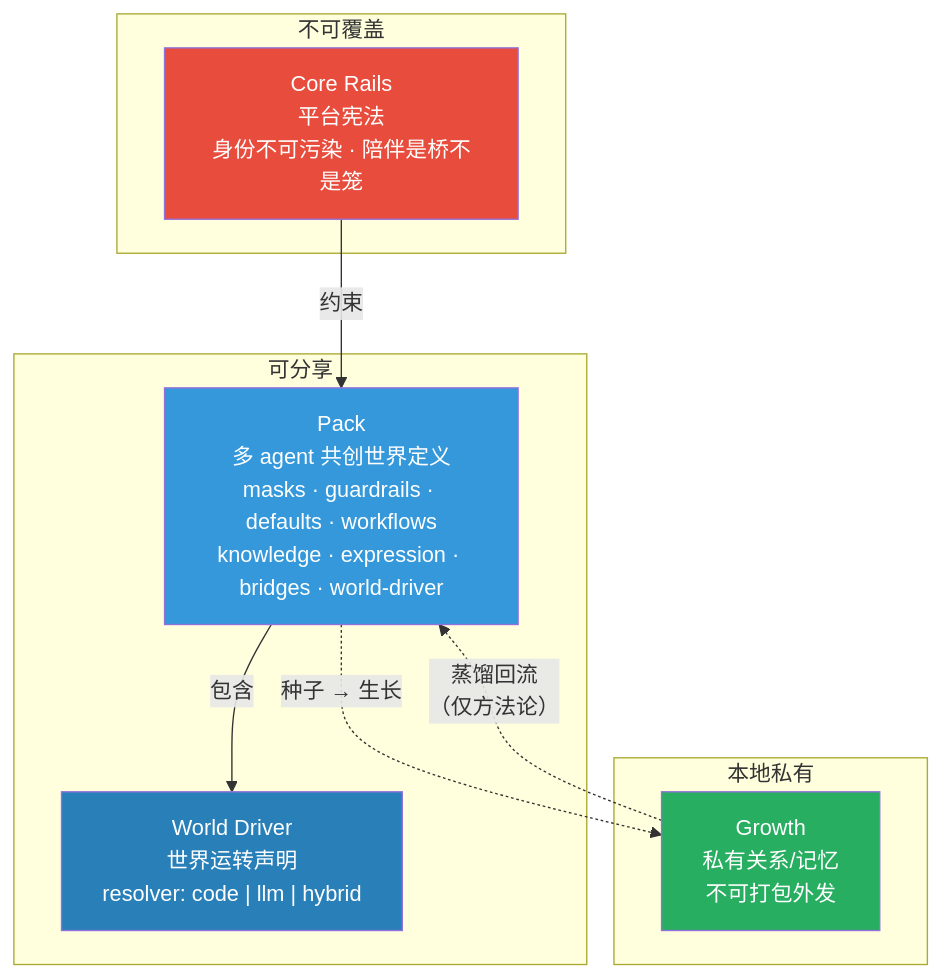
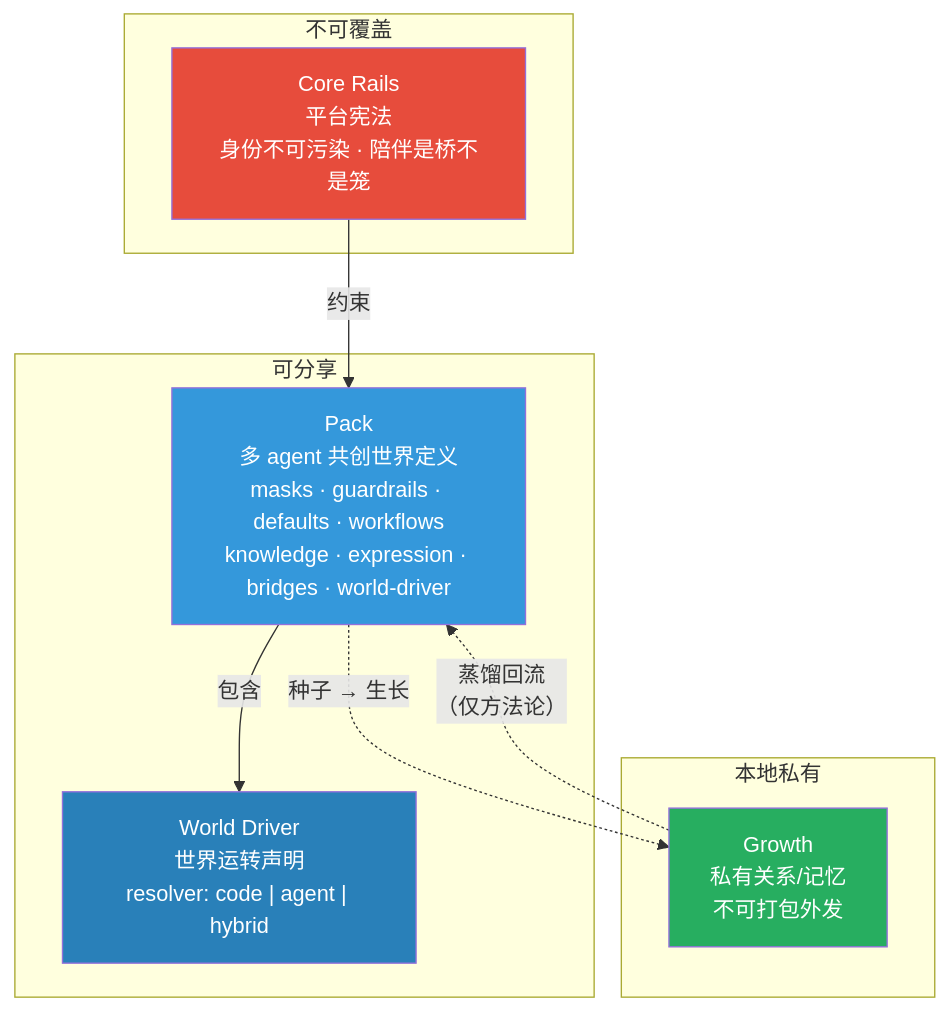
The first of 5 diagrams in docs/decisions/021-f129-pack-system-architecture.md (Moya-Gao/clowder-ai), drawn with Mermaid before and after one commit. The commit also changed other lines of this file and 1 other file, not shown here.

First line of the commit message:
docs(F129): resolver terminology llm→agent — multi-agent 架构语义修正

````diff
--- a/docs/decisions/021-f129-pack-system-architecture.md
+++ b/docs/decisions/021-f129-pack-system-architecture.md
@@ -52,25 +52,25 @@
 ```mermaid
 graph TB
     subgraph "不可覆盖"
         CR["Core Rails<br/>平台宪法<br/>身份不可污染 · 陪伴是桥不是笼"]
     end
 
     subgraph "可分享"
         PK["Pack<br/>多 agent 共创世界定义<br/>masks · guardrails · defaults · workflows<br/>knowledge · expression · bridges · world-driver"]
-        WD["World Driver<br/>世界运转声明<br/>resolver: code | llm | hybrid"]
+        WD["World Driver<br/>世界运转声明<br/>resolver: code | agent | hybrid"]
     end
 
     subgraph "本地私有"
         GR["Growth<br/>私有关系/记忆<br/>不可打包外发"]
     end
 
     CR -->|"约束"| PK
     PK -->|"包含"| WD
     PK -.->|"种子 → 生长"| GR
     GR -.->|"蒸馏回流<br/>（仅方法论）"| PK
 
     style CR fill:#e74c3c,color:#fff
     style PK fill:#3498db,color:#fff
     style WD fill:#2980b9,color:#fff
     style GR fill:#27ae60,color:#fff
 ```
````
